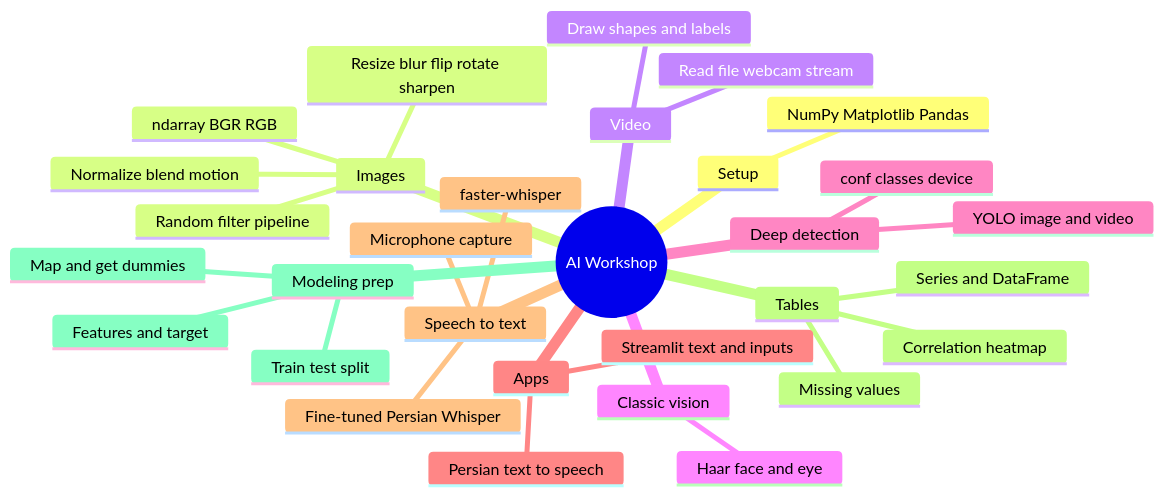
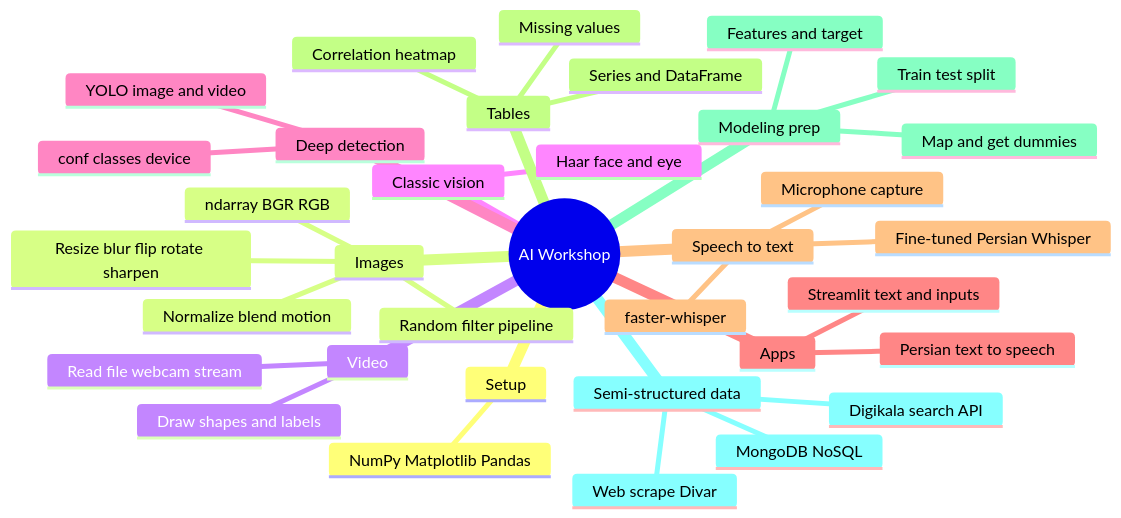
One commit to MohammadrezaTaghipour/ai-training-workshop changed the diagram in sessions/MINDMAP.md. Above: the diagram before and after it, drawn with Mermaid. The commit also changed other lines of this file and 2 other files, not shown here.

First line of the commit message:
Add the session 11 notes on MongoDB and web collection.

````diff
--- a/sessions/MINDMAP.md
+++ b/sessions/MINDMAP.md
@@ -15,34 +15,38 @@
 ```mermaid
 mindmap
   root((AI Workshop))
     Setup
       NumPy Matplotlib Pandas
     Images
       ndarray BGR RGB
       Normalize blend motion
       Resize blur flip rotate sharpen
       Random filter pipeline
     Video
       Read file webcam stream
       Draw shapes and labels
     Classic vision
       Haar face and eye
     Deep detection
       YOLO image and video
       conf classes device
     Apps
       Streamlit text and inputs
       Persian text to speech
     Speech to text
       faster-whisper
       Fine-tuned Persian Whisper
       Microphone capture
     Tables
       Series and DataFrame
       Missing values
       Correlation heatmap
     Modeling prep
       Features and target
       Train test split
       Map and get dummies
+    Semi-structured data
+      MongoDB NoSQL
+      Web scrape Divar
+      Digikala search API
 ```
````
